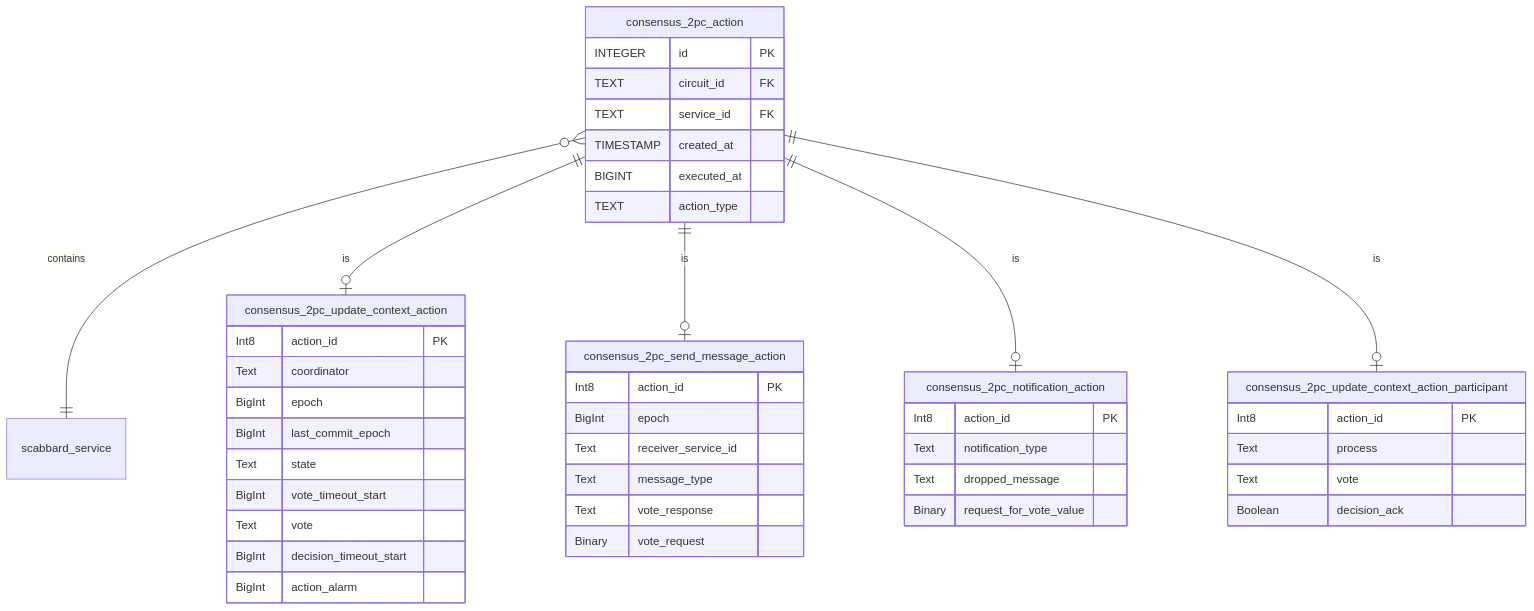
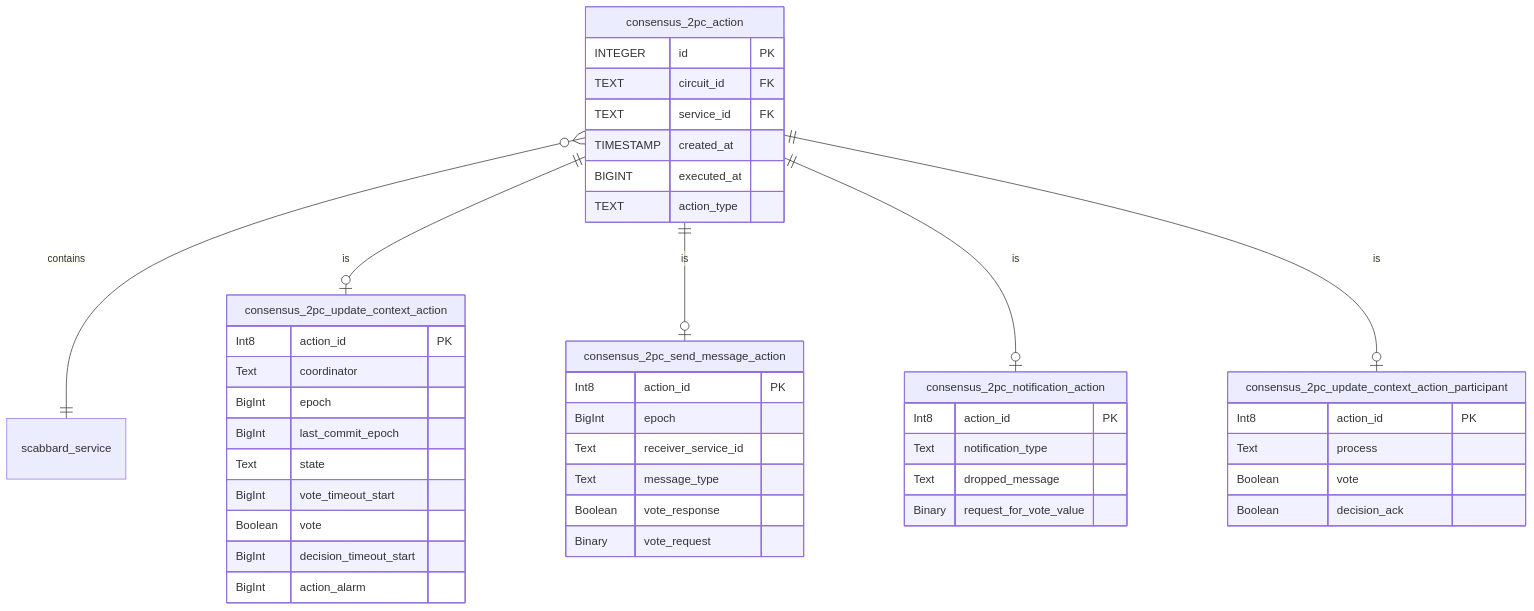
The third of 4 diagrams in community/planning/splinter_v0.7_database.md (Cargill/splinter-docs), drawn with Mermaid before and after one commit. The commit also changed other lines of this file, not shown here.

First line of the commit message:
Update splinter db doc - fix boolean columns

```diff
--- a/community/planning/splinter_v0.7_database.md
+++ b/community/planning/splinter_v0.7_database.md
@@ -221,54 +221,54 @@
 <div class="mermaid">
 erDiagram
     consensus_2pc_action {
         INTEGER id PK
         TEXT circuit_id FK
         TEXT service_id FK
         TIMESTAMP created_at
         BIGINT executed_at
         TEXT action_type
     }
     consensus_2pc_action }o--|| scabbard_service: contains
 
     consensus_2pc_update_context_action {
         Int8 action_id PK
         Text coordinator
         BigInt epoch
         BigInt last_commit_epoch
         Text state
         BigInt vote_timeout_start
-        Text vote
+        Boolean vote
         BigInt decision_timeout_start
         BigInt action_alarm
     }
     consensus_2pc_action ||--o| consensus_2pc_update_context_action: is
 
     consensus_2pc_send_message_action {
         Int8 action_id PK
         BigInt epoch
         Text receiver_service_id
         Text message_type
-        Text vote_response
+        Boolean vote_response
         Binary vote_request
     }
 
     consensus_2pc_action ||--o| consensus_2pc_send_message_action: is
 
     consensus_2pc_notification_action {
         Int8 action_id PK
         Text notification_type
         Text dropped_message
         Binary request_for_vote_value
     }
 
     consensus_2pc_action ||--o| consensus_2pc_notification_action: is
 
     consensus_2pc_update_context_action_participant {
         Int8 action_id PK
         Text process
-        Text vote
+        Boolean vote
         Boolean decision_ack
     }
 
 consensus_2pc_action ||--o| consensus_2pc_update_context_action_participant: is
 </div>
```
